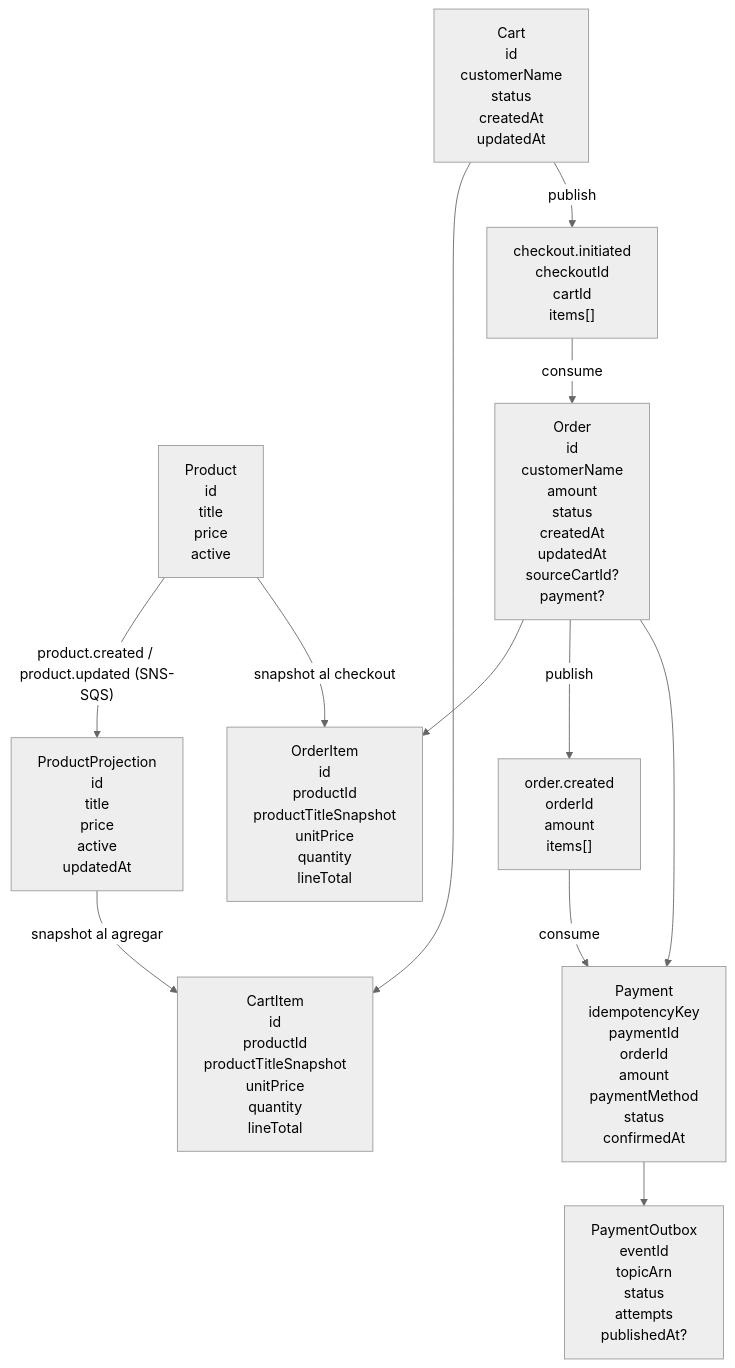
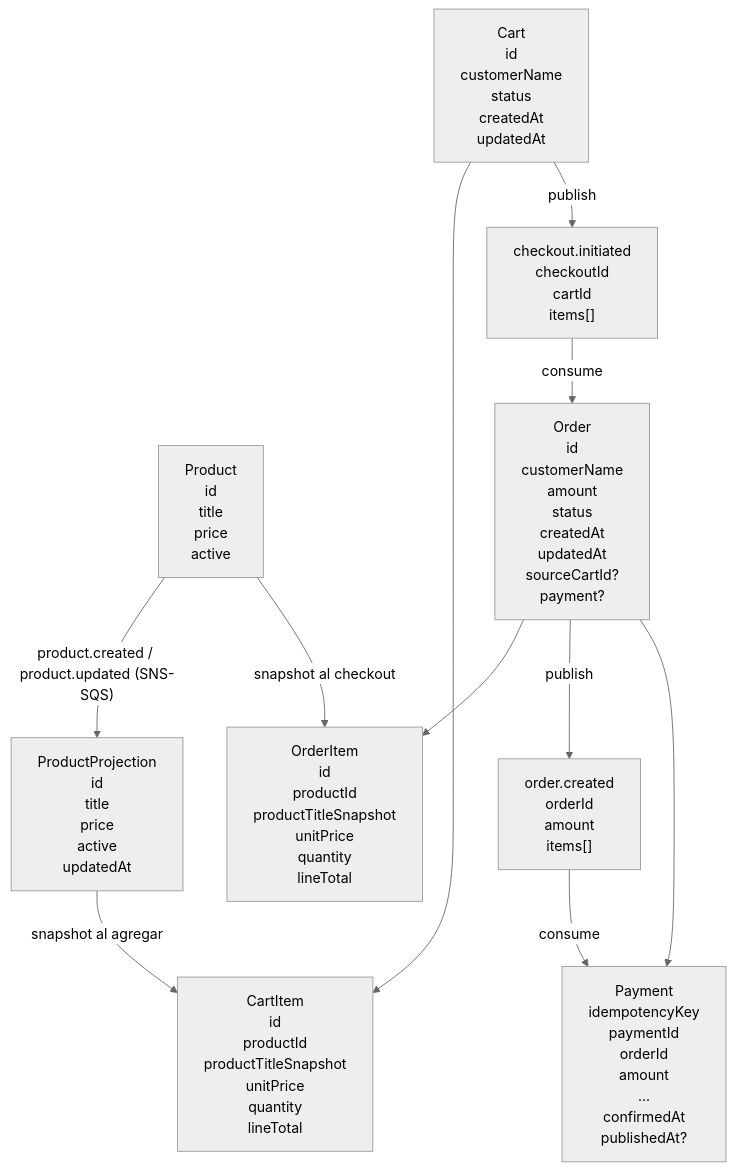
The first of 3 diagrams in docs/marketplace-simple-flow.md (dani-pereira-dev/microservice-sns-sqs), drawn with Mermaid (neutral theme) before and after one commit. The commit also changed 33 other files, not shown here.

````diff
--- a/docs/marketplace-simple-flow.md
+++ b/docs/marketplace-simple-flow.md
@@ -101,25 +101,23 @@
 ```mermaid
 flowchart TD
   Product["Product\nid\ntitle\nprice\nactive"]
   ProductProjection["ProductProjection\nid\ntitle\nprice\nactive\nupdatedAt"]
   Cart["Cart\nid\ncustomerName\nstatus\ncreatedAt\nupdatedAt"]
   CartItem["CartItem\nid\nproductId\nproductTitleSnapshot\nunitPrice\nquantity\nlineTotal"]
   Order["Order\nid\ncustomerName\namount\nstatus\ncreatedAt\nupdatedAt\nsourceCartId?\npayment?"]
   OrderItem["OrderItem\nid\nproductId\nproductTitleSnapshot\nunitPrice\nquantity\nlineTotal"]
-  Payment["Payment\nidempotencyKey\npaymentId\norderId\namount\npaymentMethod\nstatus\nconfirmedAt"]
-  Outbox["PaymentOutbox\neventId\ntopicArn\nstatus\nattempts\npublishedAt?"]
+  Payment["Payment\nidempotencyKey\npaymentId\norderId\namount\n...\nconfirmedAt\npublishedAt?"]
   CheckoutEvent["checkout.initiated\ncheckoutId\ncartId\nitems[]"]
   OrderCreatedEvent["order.created\norderId\namount\nitems[]"]
 
   Product -->|"product.created / product.updated (SNS-SQS)"| ProductProjection
   ProductProjection -->|"snapshot al agregar"| CartItem
   Cart --> CartItem
   Cart -->|"publish"| CheckoutEvent
   CheckoutEvent -->|"consume"| Order
   Order --> OrderItem
   Order -->|"publish"| OrderCreatedEvent
   OrderCreatedEvent -->|"consume"| Payment
   Product -->|"snapshot al checkout"| OrderItem
   Order --> Payment
-  Payment --> Outbox
 ```
````
